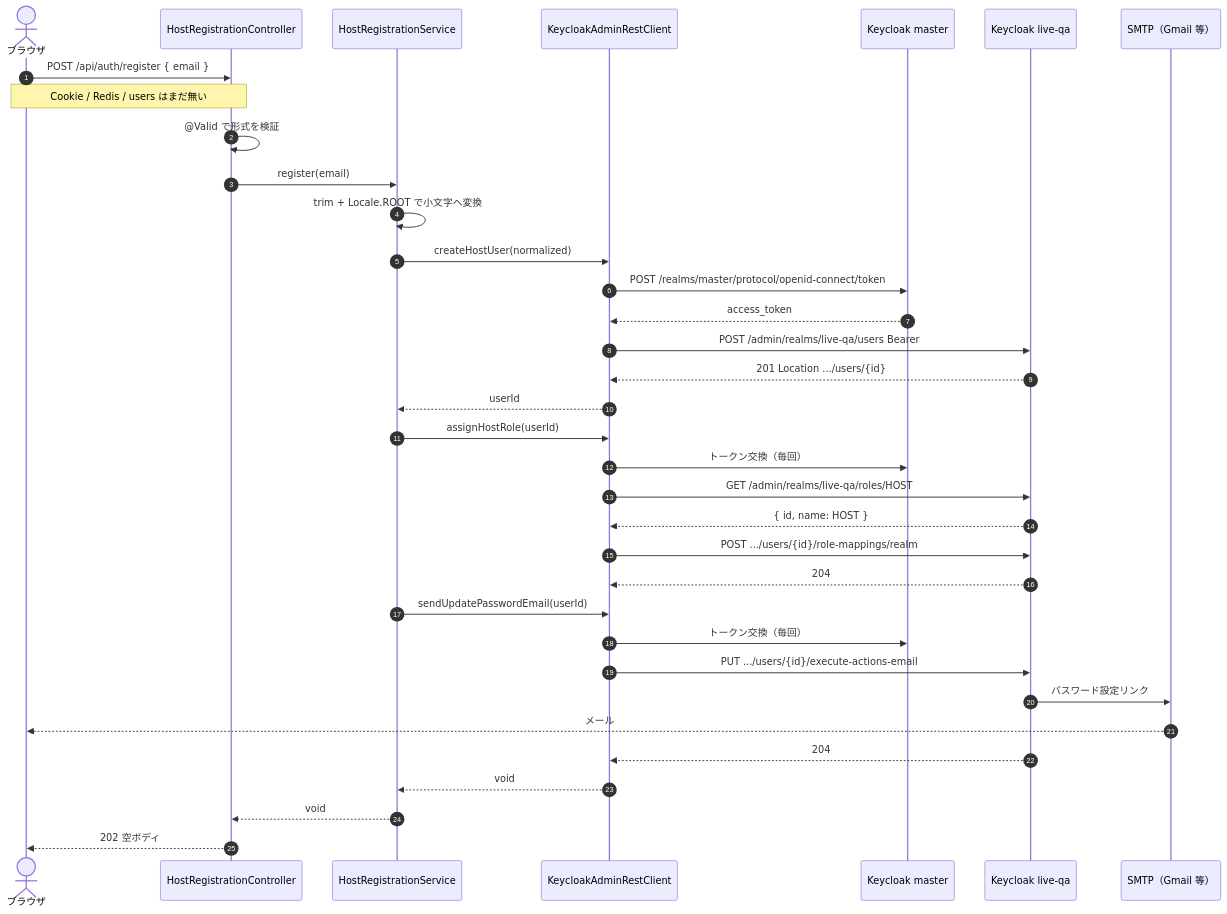
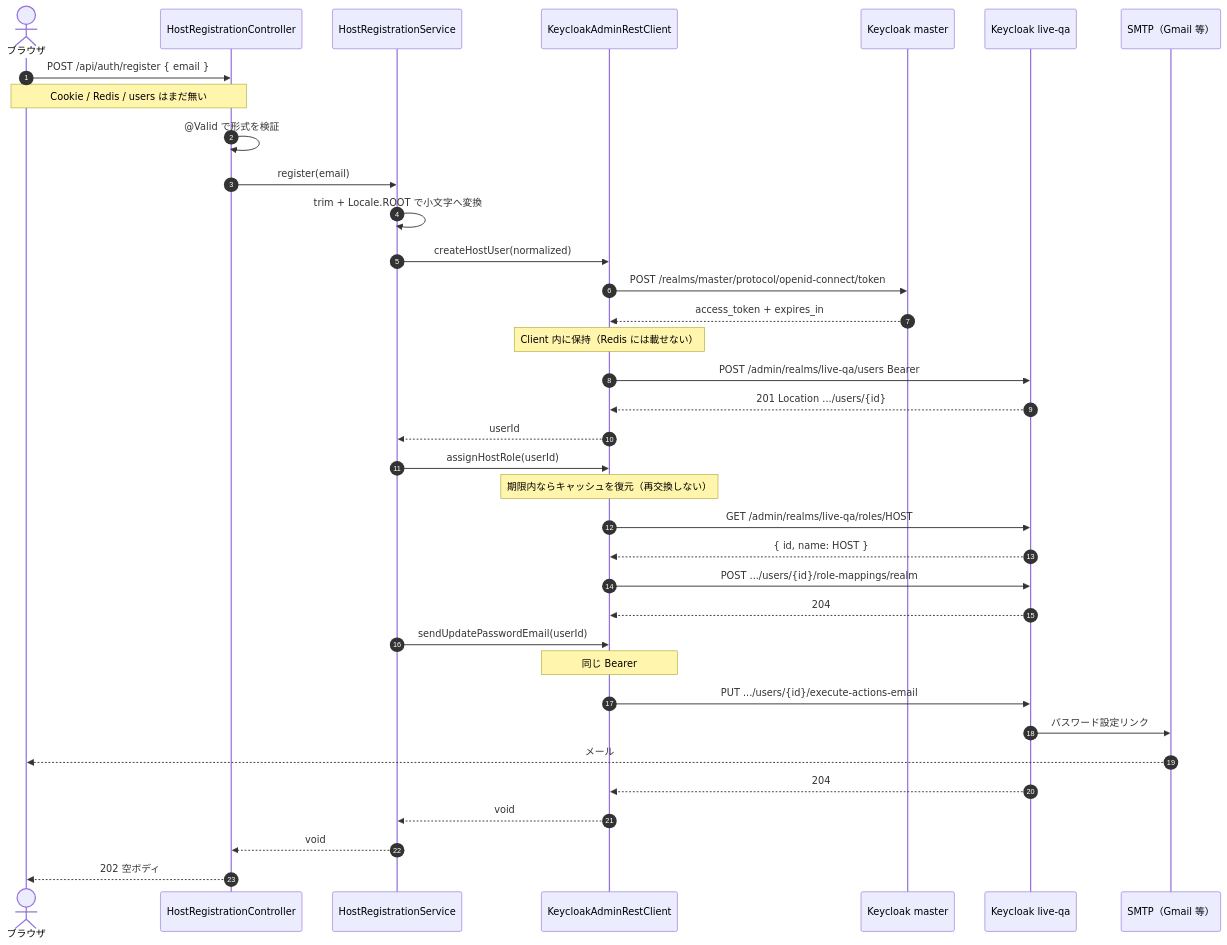
The second of 8 diagrams in docs/qa/f01-auth.md (muscat2356/LiveQA-app), drawn with Mermaid before and after one commit. The commit also changed other lines of this file and 1 other file, not shown here.

Commit message:
[F-01] Admin トークンを expires_in まで使い回し、登録1回の交換を1回にする。

````diff
--- a/docs/qa/f01-auth.md
+++ b/docs/qa/f01-auth.md
@@ -303,41 +303,42 @@
 ```mermaid
 sequenceDiagram
   autonumber
   actor ブラウザ
   participant C as HostRegistrationController
   participant S as HostRegistrationService
   participant K as KeycloakAdminRestClient
   participant Master as Keycloak master
   participant Live as Keycloak live-qa
   participant SMTP as SMTP（Gmail 等）
 
   ブラウザ->>C: POST /api/auth/register { email }
   Note over ブラウザ,C: Cookie / Redis / users はまだ無い
   C->>C: @Valid で形式を検証
   C->>S: register(email)
   S->>S: trim + Locale.ROOT で小文字へ変換
 
   S->>K: createHostUser(normalized)
   K->>Master: POST /realms/master/protocol/openid-connect/token
-  Master-->>K: access_token
+  Master-->>K: access_token + expires_in
+  Note over K: Client 内に保持（Redis には載せない）
   K->>Live: POST /admin/realms/live-qa/users  Bearer
   Live-->>K: 201 Location .../users/{id}
   K-->>S: userId
 
   S->>K: assignHostRole(userId)
-  K->>Master: トークン交換（毎回）
+  Note over K: 期限内ならキャッシュを復元（再交換しない）
   K->>Live: GET /admin/realms/live-qa/roles/HOST
   Live-->>K: { id, name: HOST }
   K->>Live: POST .../users/{id}/role-mappings/realm
   Live-->>K: 204
 
   S->>K: sendUpdatePasswordEmail(userId)
-  K->>Master: トークン交換（毎回）
+  Note over K: 同じ Bearer
   K->>Live: PUT .../users/{id}/execute-actions-email
   Live->>SMTP: パスワード設定リンク
   SMTP-->>ブラウザ: メール
   Live-->>K: 204
   K-->>S: void
   S-->>C: void
   C-->>ブラウザ: 202 空ボディ
 ```
````
